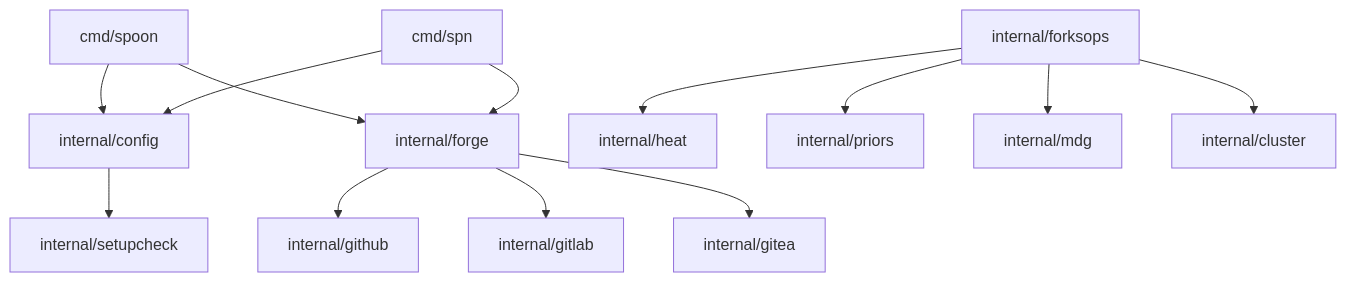
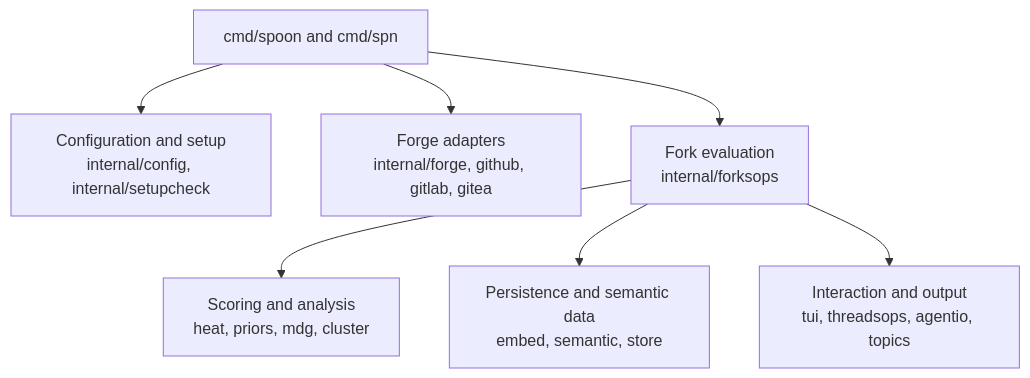
Before and after one commit to Raudbjorn/spoon: the first of 3 diagrams in README.md, drawn with Mermaid. The commit also changed other lines of this file, not shown here.

````diff
--- a/README.md
+++ b/README.md
@@ -411,29 +446,17 @@
 ```mermaid
 flowchart TB
-  spoon["cmd/spoon"]
-  spn["cmd/spn"]
-  config["internal/config"]
-  setupcheck["internal/setupcheck"]
-  forge["internal/forge"]
-  github["internal/github"]
-  gitlab["internal/gitlab"]
-  gitea["internal/gitea"]
-  forksops["internal/forksops"]
-  heat["internal/heat"]
-  priors["internal/priors"]
-  mdg["internal/mdg"]
-  cluster["internal/cluster"]
+  Commands["cmd/spoon and cmd/spn"]
+  Bootstrap["Configuration and setup<br/>internal/config, internal/setupcheck"]
+  Forges["Forge adapters<br/>internal/forge, github, gitlab, gitea"]
+  Pipeline["Fork evaluation<br/>internal/forksops"]
+  Analysis["Scoring and analysis<br/>heat, priors, mdg, cluster"]
+  Data["Persistence and semantic data<br/>embed, semantic, store"]
+  Surfaces["Interaction and output<br/>tui, threadsops, agentio, topics"]
 
-  spoon --> config
-  spn --> config
-  config --> setupcheck
-  spoon --> forge
-  spn --> forge
-  forge --> github
-  forge --> gitlab
-  forge --> gitea
-  forksops --> heat
-  forksops --> priors
-  forksops --> mdg
-  forksops --> cluster
+  Commands --> Bootstrap
+  Commands --> Forges
+  Commands --> Pipeline
+  Pipeline --> Analysis
+  Pipeline --> Data
+  Pipeline --> Surfaces
 ```
````
